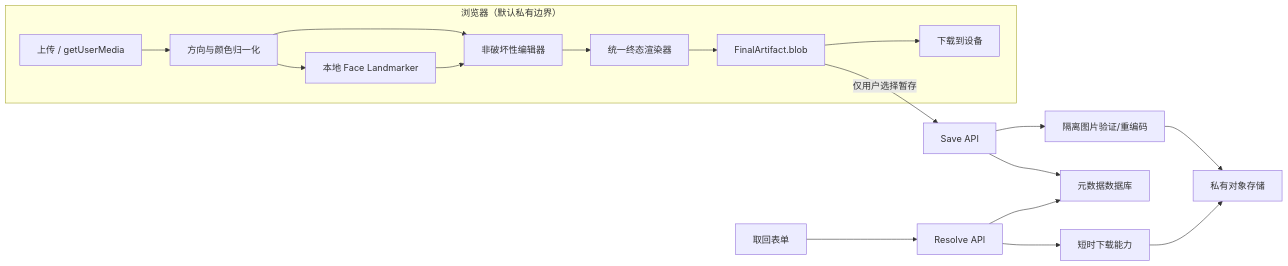
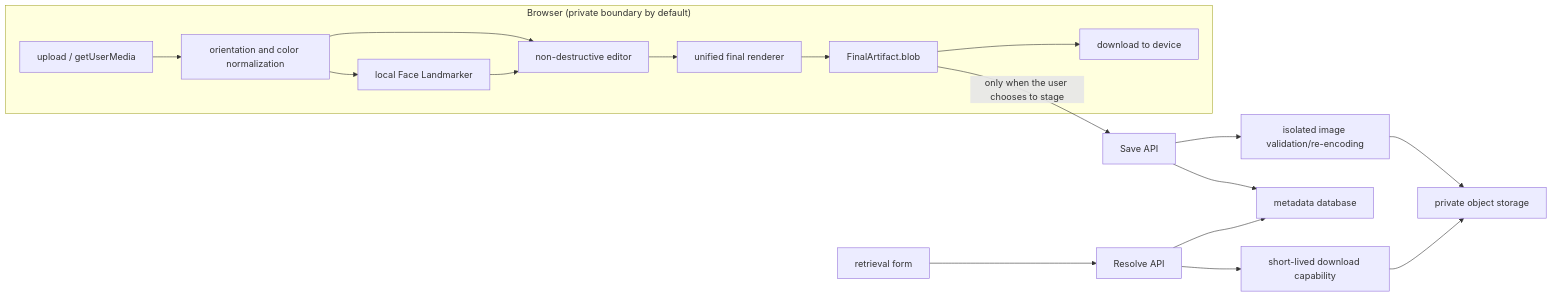
Before and after one commit to coachpo/portrait-booth: the diagram in docs/SPEC.md, drawn with Mermaid. The commit also changed other lines of this file and 10 other files, not shown here.

````diff
--- a/docs/SPEC.md
+++ b/docs/SPEC.md
@@ -45,20 +79,20 @@
 ```mermaid
 flowchart LR
-  subgraph Browser["浏览器（默认私有边界）"]
-    A["上传 / getUserMedia"] --> B["方向与颜色归一化"]
-    B --> C["本地 Face Landmarker"]
-    B --> D["非破坏性编辑器"]
+  subgraph Browser["Browser (private boundary by default)"]
+    A["upload / getUserMedia"] --> B["orientation and color normalization"]
+    B --> C["local Face Landmarker"]
+    B --> D["non-destructive editor"]
     C --> D
-    D --> E["统一终态渲染器"]
+    D --> E["unified final renderer"]
     E --> F["FinalArtifact.blob"]
-    F --> G["下载到设备"]
+    F --> G["download to device"]
   end
-  F -->|"仅用户选择暂存"| H["Save API"]
-  H --> I["隔离图片验证/重编码"]
-  I --> J["私有对象存储"]
-  H --> K["元数据数据库"]
-  L["取回表单"] --> M["Resolve API"]
+  F -->|"only when the user chooses to stage"| H["Save API"]
+  H --> I["isolated image validation/re-encoding"]
+  I --> J["private object storage"]
+  H --> K["metadata database"]
+  L["retrieval form"] --> M["Resolve API"]
   M --> K
-  M --> N["短时下载能力"]
+  M --> N["short-lived download capability"]
   N --> J
 ```
````
